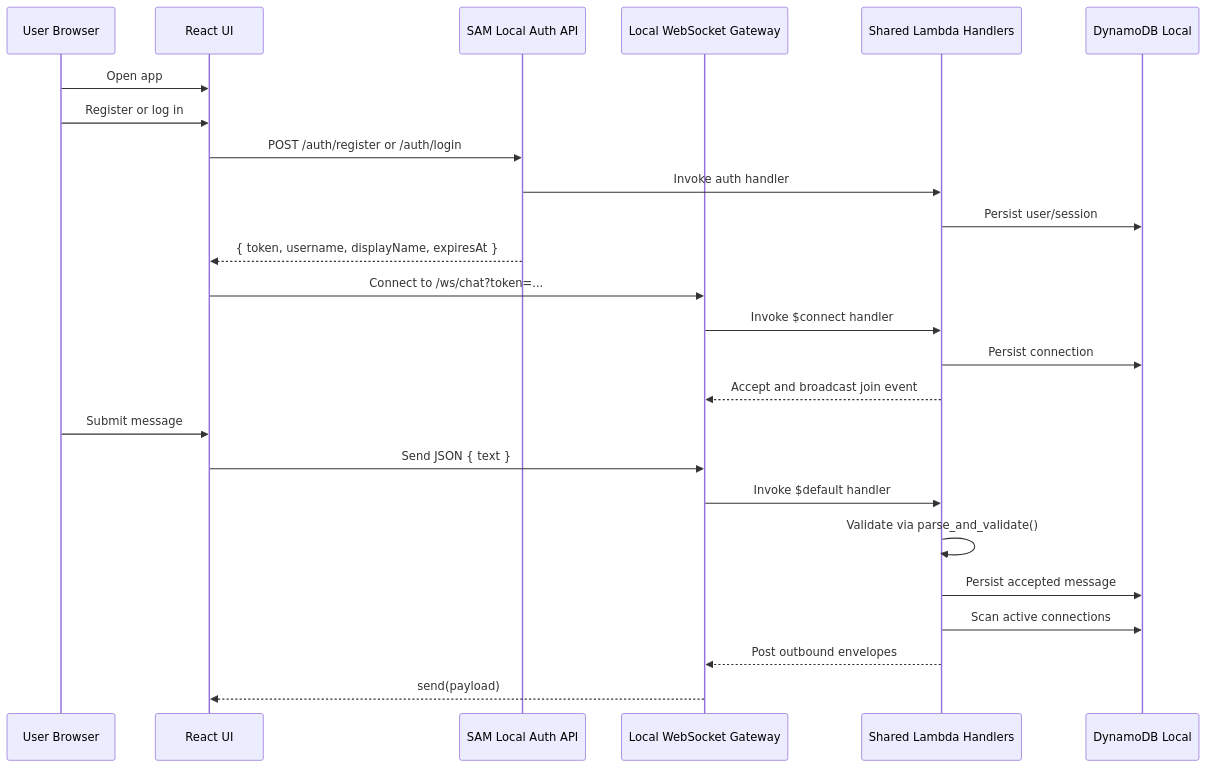
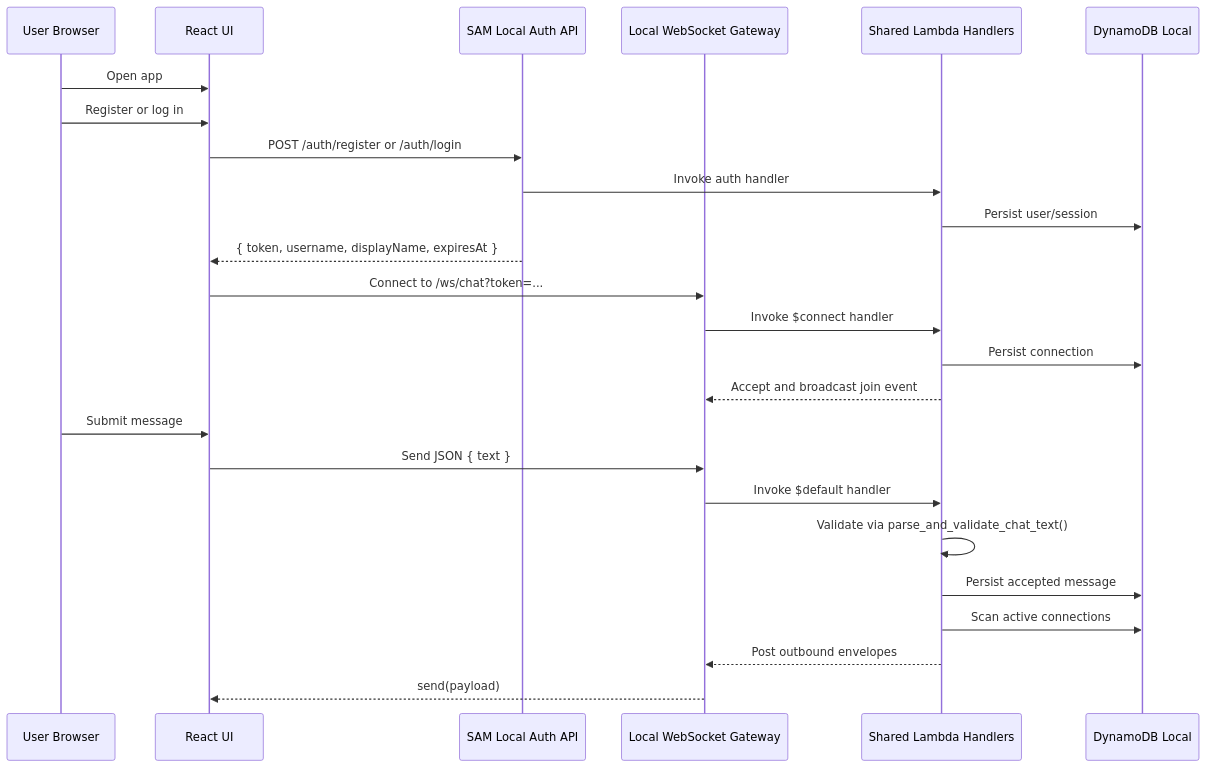
Before and after one commit to stigmergist/VibeArch: the first of 2 diagrams in .arch/data-flow.md, drawn with Mermaid. The commit also changed other lines of this file and 12 other files, not shown here.

Commit message:
Unify runtime validation/session policy and sync architecture

````diff
--- a/.arch/data-flow.md
+++ b/.arch/data-flow.md
@@ -5,28 +5,28 @@
 ```mermaid
 sequenceDiagram
    participant U as User Browser
    participant F as React UI
    participant A as SAM Local Auth API
    participant G as Local WebSocket Gateway
    participant L as Shared Lambda Handlers
    participant D as DynamoDB Local
 
    U->>F: Open app
    U->>F: Register or log in
    F->>A: POST /auth/register or /auth/login
    A->>L: Invoke auth handler
    L->>D: Persist user/session
    A-->>F: { token, username, displayName, expiresAt }
    F->>G: Connect to /ws/chat?token=...
    G->>L: Invoke $connect handler
    L->>D: Persist connection
    L-->>G: Accept and broadcast join event
    U->>F: Submit message
    F->>G: Send JSON { text }
    G->>L: Invoke $default handler
-   L->>L: Validate via parse_and_validate()
+   L->>L: Validate via parse_and_validate_chat_text()
    L->>D: Persist accepted message
    L->>D: Scan active connections
    L-->>G: Post outbound envelopes
    G-->>F: send(payload)
 ```
````
